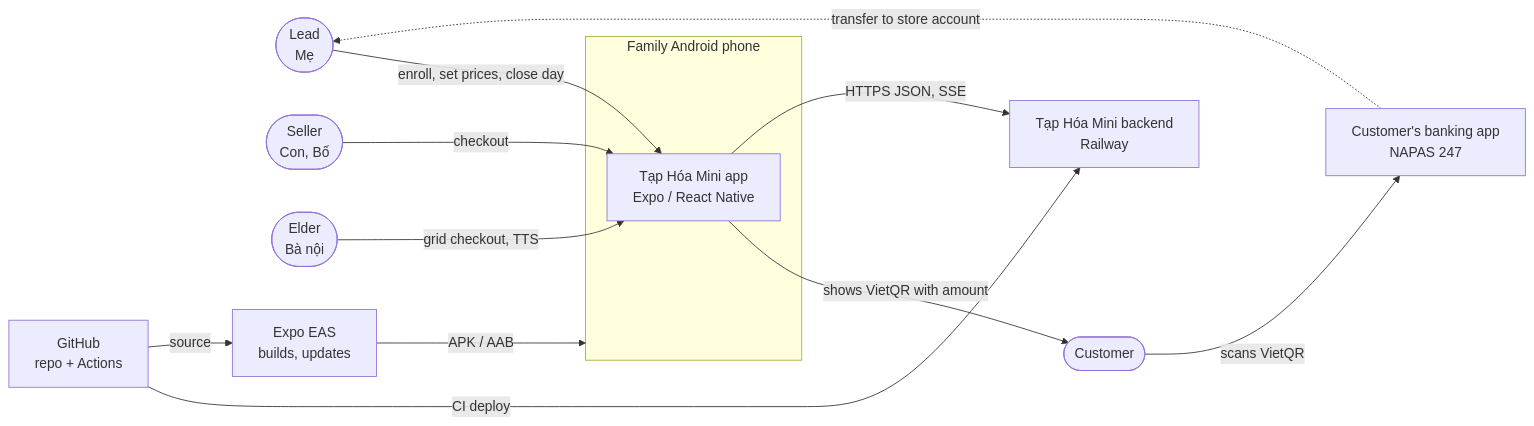
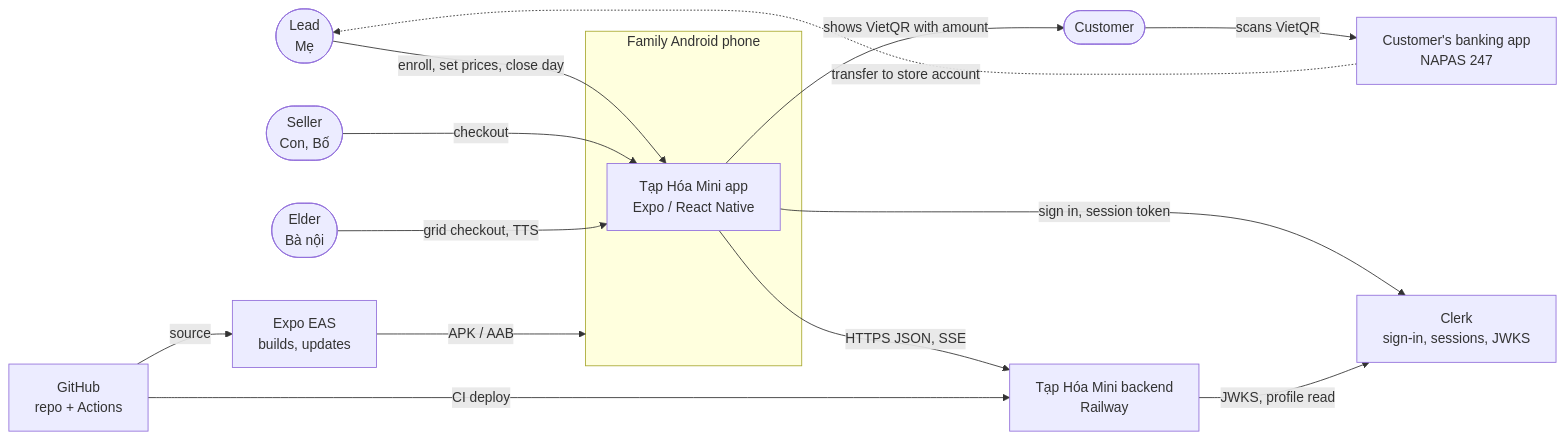
Before and after one commit to datamonsterr/taphoa-mini: the first of 16 diagrams in docs/architecture.md, drawn with Mermaid. The commit also changed other lines of this file and 2 other files, not shown here.

First line of the commit message:
docs: clerk identity in architecture

````diff
--- a/docs/architecture.md
+++ b/docs/architecture.md
@@ -32,27 +32,30 @@
 ```mermaid
 flowchart LR
     lead([Lead<br/>Mẹ])
     seller([Seller<br/>Con, Bố])
     elder([Elder<br/>Bà nội])
     customer([Customer])
 
     subgraph phone[Family Android phone]
         app[Tạp Hóa Mini app<br/>Expo / React Native]
     end
 
     backend[Tạp Hóa Mini backend<br/>Railway]
+    clerk[Clerk<br/>sign-in, sessions, JWKS]
     bank[Customer's banking app<br/>NAPAS 247]
     eas[Expo EAS<br/>builds, updates]
     gh[GitHub<br/>repo + Actions]
 
     lead -- enroll, set prices, close day --> app
     seller -- checkout --> app
     elder -- grid checkout, TTS --> app
     customer -- scans VietQR --> bank
     app -- shows VietQR with amount --> customer
     app -- HTTPS JSON, SSE --> backend
+    app -- sign in, session token --> clerk
+    backend -- JWKS, profile read --> clerk
     bank -. transfer to store account .-> lead
     gh -- CI deploy --> backend
     gh -- source --> eas
     eas -- APK / AAB --> phone
 ```
````
